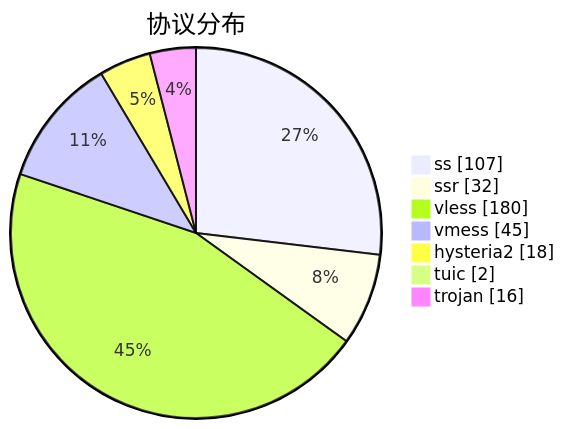
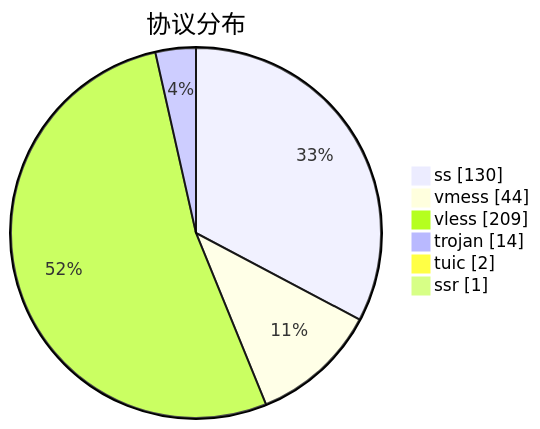
One commit to qjlxg/airport changed the third of 3 diagrams in subs/statistics/tested_within.md. Above: the diagram before and after it, drawn with Mermaid. The commit also changed other lines of this file and 2 other files, not shown here.

````diff
--- a/subs/statistics/tested_within.md
+++ b/subs/statistics/tested_within.md
@@ -35,11 +27,10 @@
 ```mermaid
 pie showData
 title 协议分布
-"ss" : 107
-"ssr" : 32
-"vless" : 180
-"vmess" : 45
-"hysteria2" : 18
+"ss" : 130
+"vmess" : 44
+"vless" : 209
+"trojan" : 14
 "tuic" : 2
-"trojan" : 16
+"ssr" : 1
 ```
````
